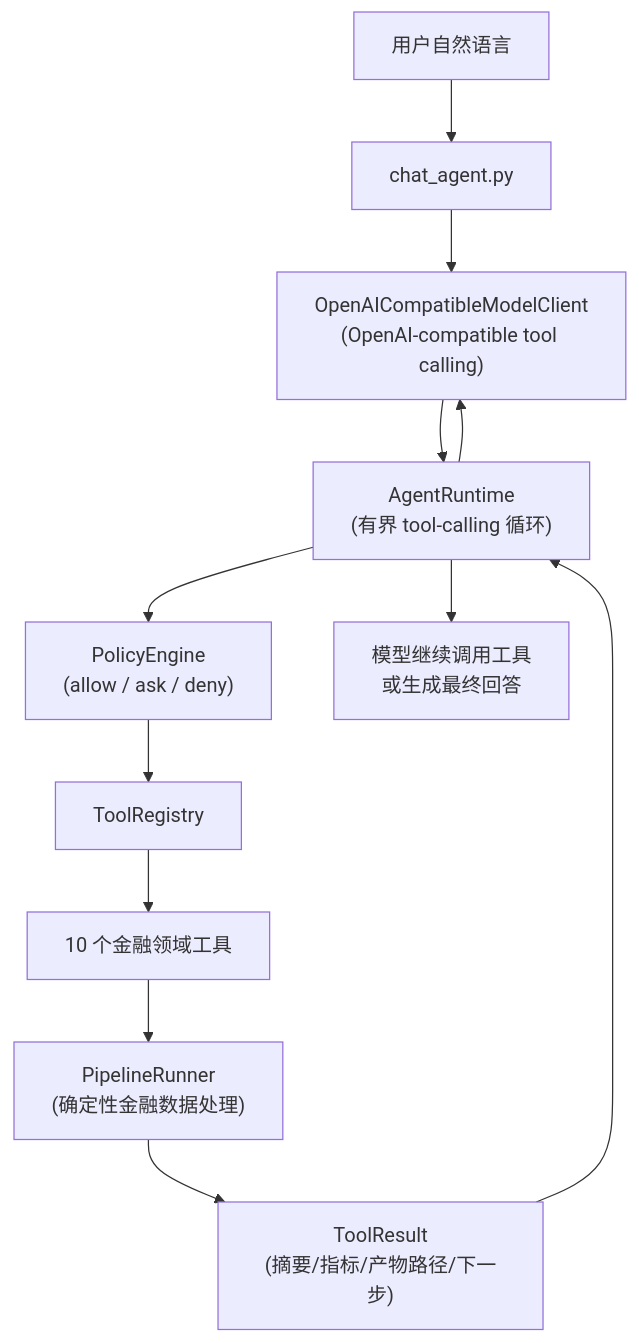
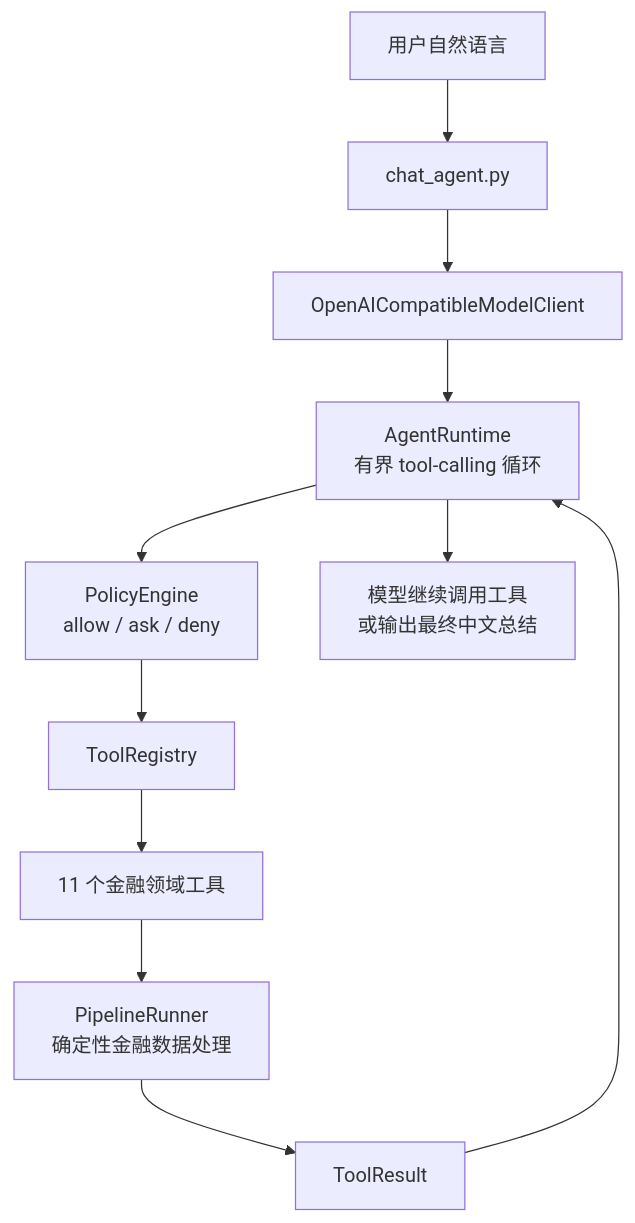
One commit to Guminxing/financial_table_workflow_agent_v3 changed the diagram in README.md. Above: the diagram before and after it, drawn with Mermaid. The commit also changed other lines of this file and 20 other files, not shown here.

````diff
--- a/README.md
+++ b/README.md
@@ -80,18 +40,13 @@
 ```mermaid
 flowchart TD
-    U["用户自然语言"]
-    CLI["chat_agent.py"]
-    MC["OpenAICompatibleModelClient<br/>(OpenAI-compatible tool calling)"]
-    RT["AgentRuntime<br/>(有界 tool-calling 循环)"]
-    PE["PolicyEngine<br/>(allow / ask / deny)"]
-    TR["ToolRegistry"]
-    TOOLS["10 个金融领域工具"]
-    PR["PipelineRunner<br/>(确定性金融数据处理)"]
-    RES["ToolResult<br/>(摘要/指标/产物路径/下一步)"]
-    FINAL["模型继续调用工具<br/>或生成最终回答"]
-
-    U --> CLI --> MC --> RT
-    RT --> PE --> TR --> TOOLS --> PR --> RES
-    RES --> RT --> MC
-    RT --> FINAL
+    U["用户自然语言"] --> CLI["chat_agent.py"]
+    CLI --> MC["OpenAICompatibleModelClient"]
+    MC --> RT["AgentRuntime<br/>有界 tool-calling 循环"]
+    RT --> PE["PolicyEngine<br/>allow / ask / deny"]
+    PE --> TR["ToolRegistry"]
+    TR --> TOOLS["11 个金融领域工具"]
+    TOOLS --> PR["PipelineRunner<br/>确定性金融数据处理"]
+    PR --> RES["ToolResult"]
+    RES --> RT
+    RT --> FINAL["模型继续调用工具<br/>或输出最终中文总结"]
 ```
````
